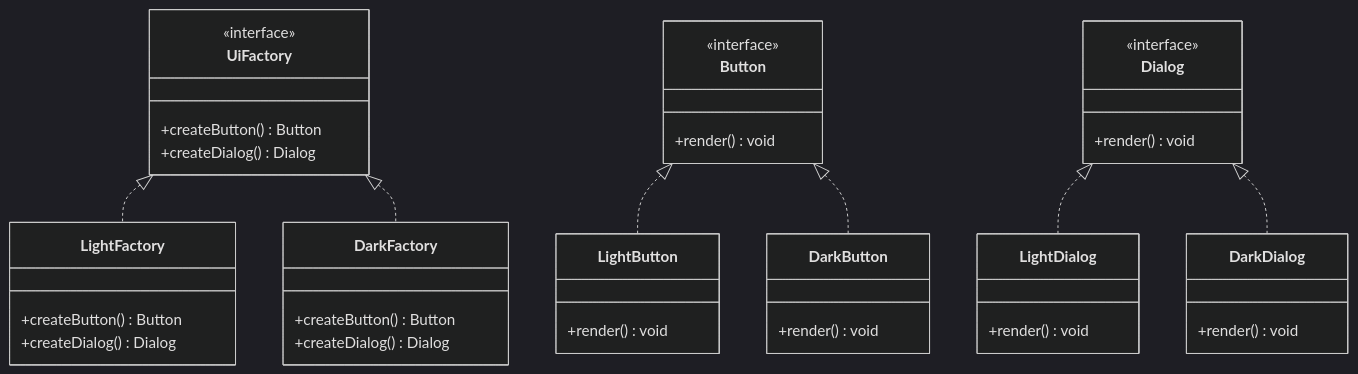
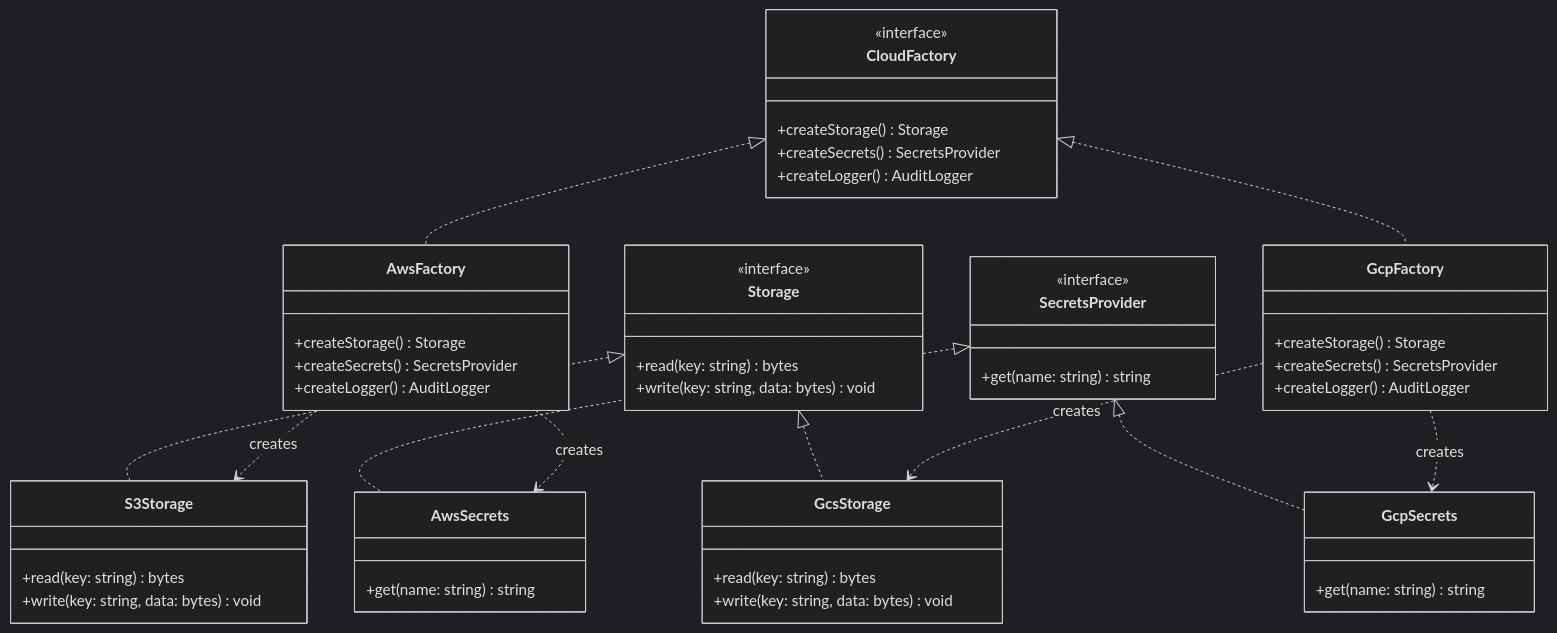
One commit to shivam-g-mishra/blog changed the diagram in docs/design-patterns/creational/abstract-factory.md. Above: the diagram before and after it, drawn with Mermaid (dark theme). The commit also changed other lines of this file and 31 other files, not shown here.

````diff
--- a/docs/design-patterns/creational/abstract-factory.md
+++ b/docs/design-patterns/creational/abstract-factory.md
@@ -60,43 +80,55 @@
 ```mermaid
 classDiagram
-  class UiFactory {
-    <<interface>>
-    +createButton() Button
-    +createDialog() Dialog
-  }
-  class LightFactory {
-    +createButton() Button
-    +createDialog() Dialog
-  }
-  class DarkFactory {
-    +createButton() Button
-    +createDialog() Dialog
-  }
-  class Button {
-    <<interface>>
-    +render() void
-  }
-  class Dialog {
-    <<interface>>
-    +render() void
-  }
-  class LightButton {
-    +render() void
-  }
-  class DarkButton {
-    +render() void
-  }
-  class LightDialog {
-    +render() void
-  }
-  class DarkDialog {
-    +render() void
-  }
+    class CloudFactory {
+        <<interface>>
+        +createStorage() Storage
+        +createSecrets() SecretsProvider
+        +createLogger() AuditLogger
+    }
+    class AwsFactory {
+        +createStorage() Storage
+        +createSecrets() SecretsProvider
+        +createLogger() AuditLogger
+    }
+    class GcpFactory {
+        +createStorage() Storage
+        +createSecrets() SecretsProvider
+        +createLogger() AuditLogger
+    }
+    
+    class Storage {
+        <<interface>>
+        +read(key: string) bytes
+        +write(key: string, data: bytes) void
+    }
+    class S3Storage {
+        +read(key: string) bytes
+        +write(key: string, data: bytes) void
+    }
+    class GcsStorage {
+        +read(key: string) bytes
+        +write(key: string, data: bytes) void
+    }
+    
+    class SecretsProvider {
+        <<interface>>
+        +get(name: string) string
+    }
+    class AwsSecrets {
+        +get(name: string) string
+    }
+    class GcpSecrets {
+        +get(name: string) string
+    }
 
-  UiFactory <|.. LightFactory
-  UiFactory <|.. DarkFactory
-  Button <|.. LightButton
-  Button <|.. DarkButton
-  Dialog <|.. LightDialog
-  Dialog <|.. DarkDialog
+    CloudFactory <|.. AwsFactory
+    CloudFactory <|.. GcpFactory
+    Storage <|.. S3Storage
+    Storage <|.. GcsStorage
+    SecretsProvider <|.. AwsSecrets
+    SecretsProvider <|.. GcpSecrets
+    AwsFactory ..> S3Storage : creates
+    AwsFactory ..> AwsSecrets : creates
+    GcpFactory ..> GcsStorage : creates
+    GcpFactory ..> GcpSecrets : creates
 ```
````
